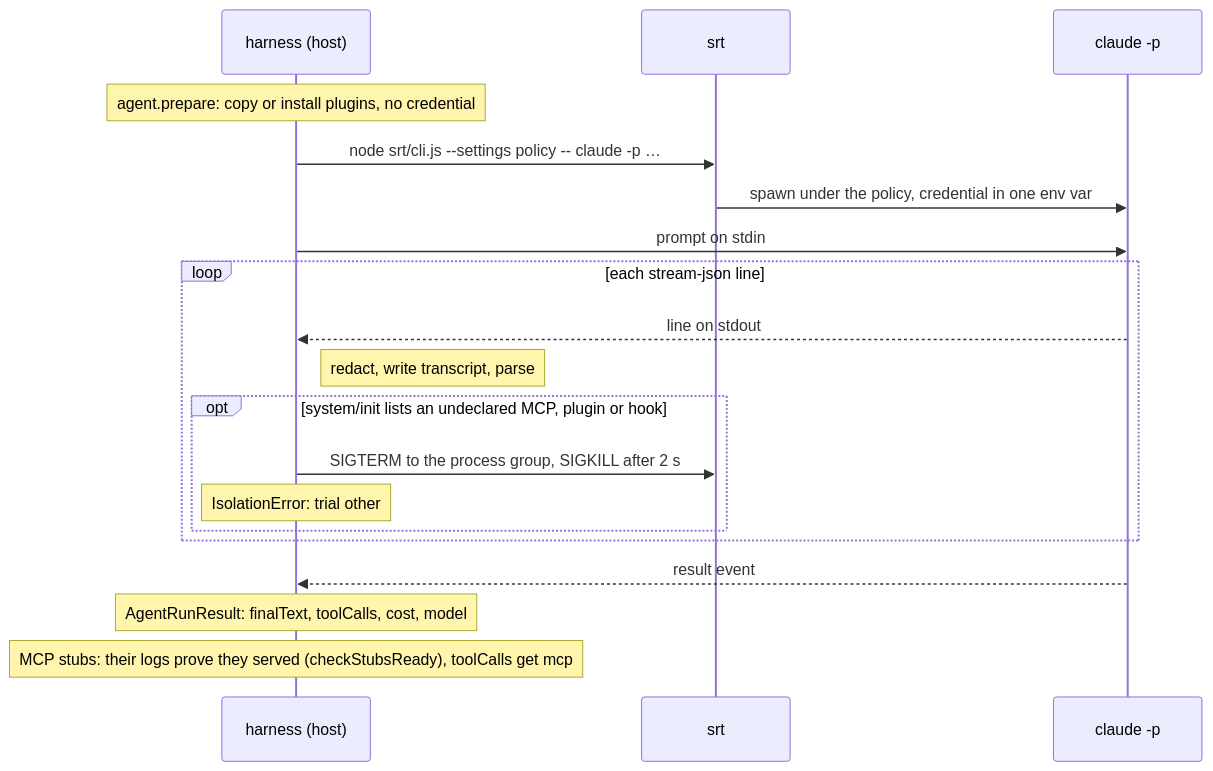
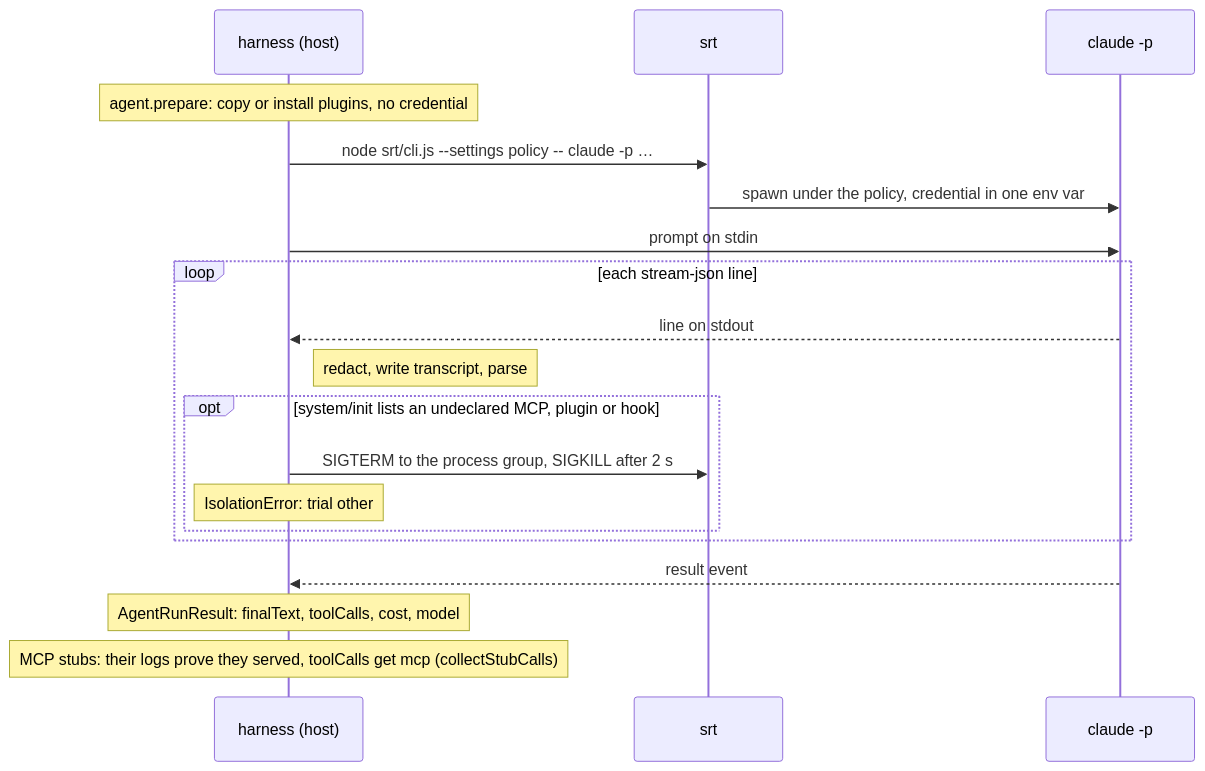
One commit to Luce-Florian/proctor changed the second of 2 diagrams in docs/agents/claude-code/index.md. Above: the diagram before and after it, drawn with Mermaid. The commit also changed 12 other files, not shown here.

First line of the commit message:
docs: MCP stubs

````diff
--- a/docs/agents/claude-code/index.md
+++ b/docs/agents/claude-code/index.md
@@ -16,21 +16,21 @@
 ```mermaid
 sequenceDiagram
     participant H as harness (host)
     participant S as srt
     participant C as claude -p
     Note over H: agent.prepare: copy or install plugins, no credential
     H->>S: node srt/cli.js --settings policy -- claude -p …
     S->>C: spawn under the policy, credential in one env var
     H->>C: prompt on stdin
     loop each stream-json line
         C-->>H: line on stdout
         Note right of H: redact, write transcript, parse
         opt system/init lists an undeclared MCP, plugin or hook
             H->>S: SIGTERM to the process group, SIGKILL after 2 s
             Note over H: IsolationError: trial other
         end
     end
     C-->>H: result event
     Note over H: AgentRunResult: finalText, toolCalls, cost, model
-    Note over H: MCP stubs: their logs prove they served (checkStubsReady), toolCalls get mcp
+    Note over H: MCP stubs: their logs prove they served, toolCalls get mcp (collectStubCalls)
 ```
````
